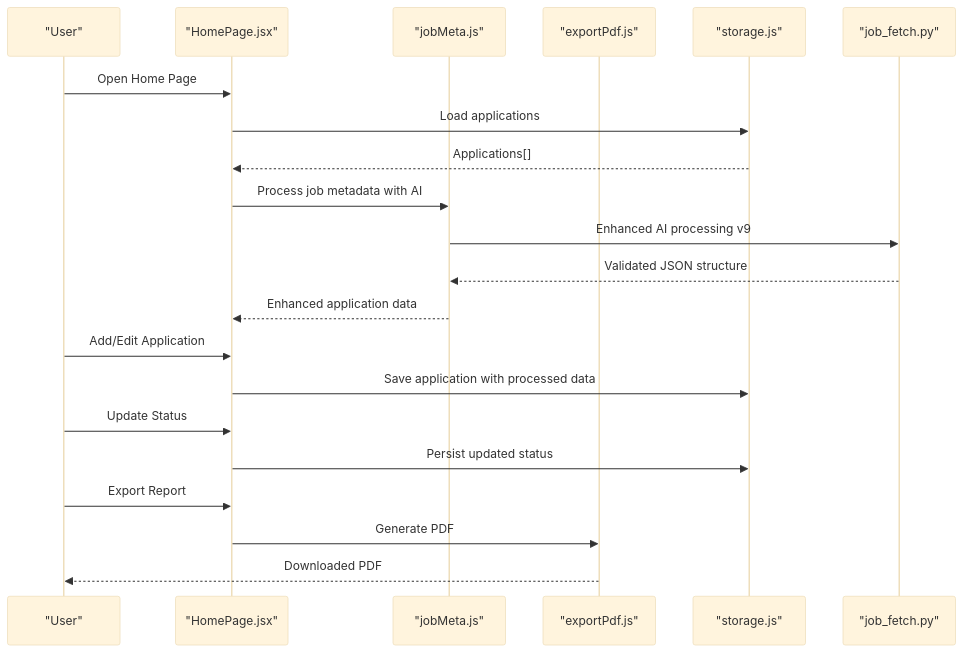
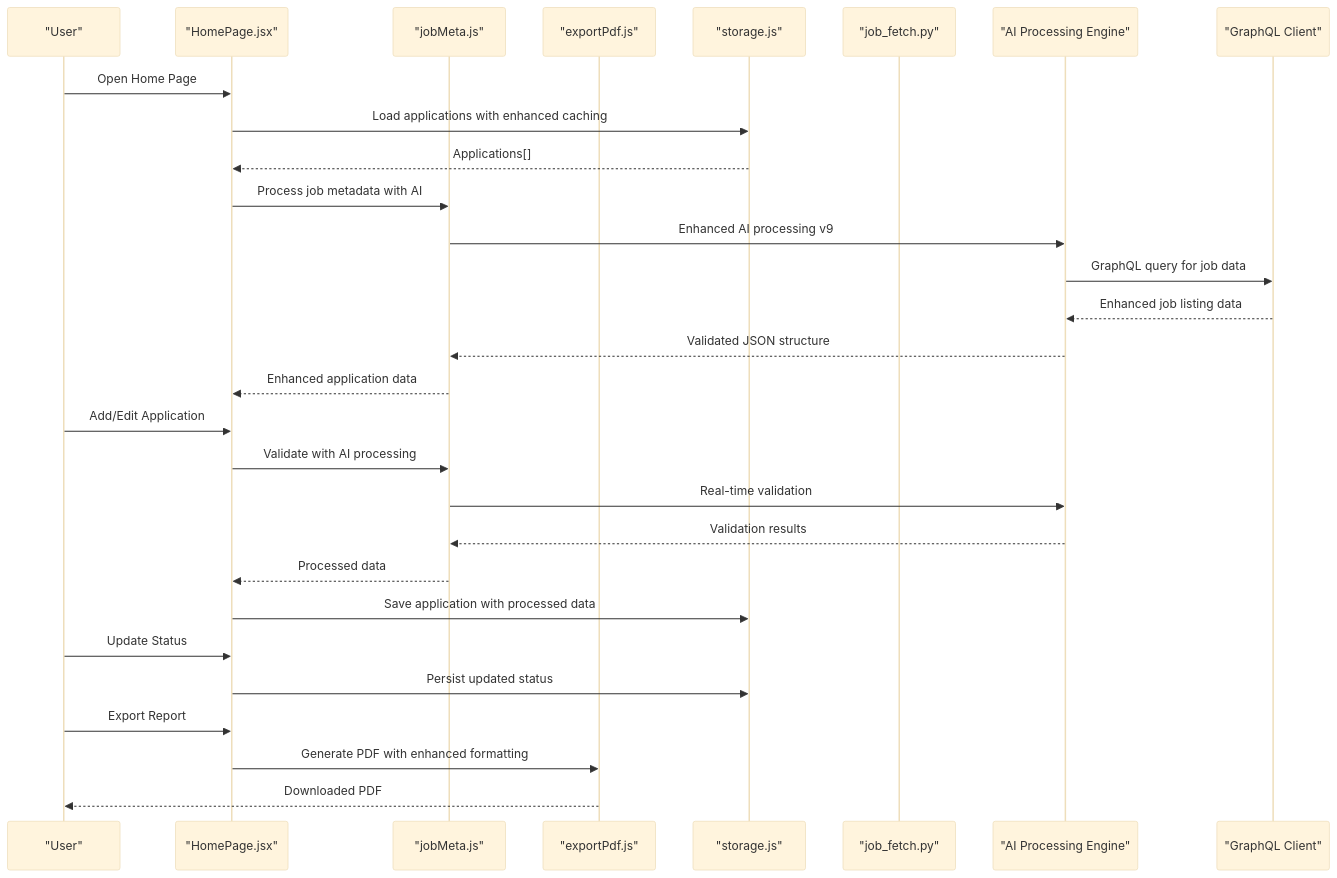
Before and after one commit to zmyeo54/briefroom: the third of 12 diagrams in .qoder/repowiki/en/content/Core Features/Job Application Management.md, drawn with Mermaid (base theme). The commit also changed other lines of this file and 37 other files, not shown here.

First line of the commit message:
feat(job-application): enhance job metadata extraction and processing capabilities

````diff
--- a/.qoder/repowiki/en/content/Core Features/Job Application Management.md
+++ b/.qoder/repowiki/en/content/Core Features/Job Application Management.md
@@ -210,23 +222,31 @@
 ```mermaid
 sequenceDiagram
 participant U as "User"
 participant HP as "HomePage.jsx"
 participant JM as "jobMeta.js"
 participant EP as "exportPdf.js"
 participant ST as "storage.js"
 participant JP as "job_fetch.py"
+participant AI as "AI Processing Engine"
+participant GQL as "GraphQL Client"
 U->>HP : Open Home Page
-HP->>ST : Load applications
+HP->>ST : Load applications with enhanced caching
 ST-->>HP : Applications[]
 HP->>JM : Process job metadata with AI
-JM->>JP : Enhanced AI processing v9
-JP-->>JM : Validated JSON structure
+JM->>AI : Enhanced AI processing v9
+AI->>GQL : GraphQL query for job data
+GQL-->>AI : Enhanced job listing data
+AI-->>JM : Validated JSON structure
 JM-->>HP : Enhanced application data
 U->>HP : Add/Edit Application
+HP->>JM : Validate with AI processing
+JM->>AI : Real-time validation
+AI-->>JM : Validation results
+JM-->>HP : Processed data
 HP->>ST : Save application with processed data
 U->>HP : Update Status
 HP->>ST : Persist updated status
 U->>HP : Export Report
-HP->>EP : Generate PDF
+HP->>EP : Generate PDF with enhanced formatting
 EP-->>U : Downloaded PDF
 ```
````
